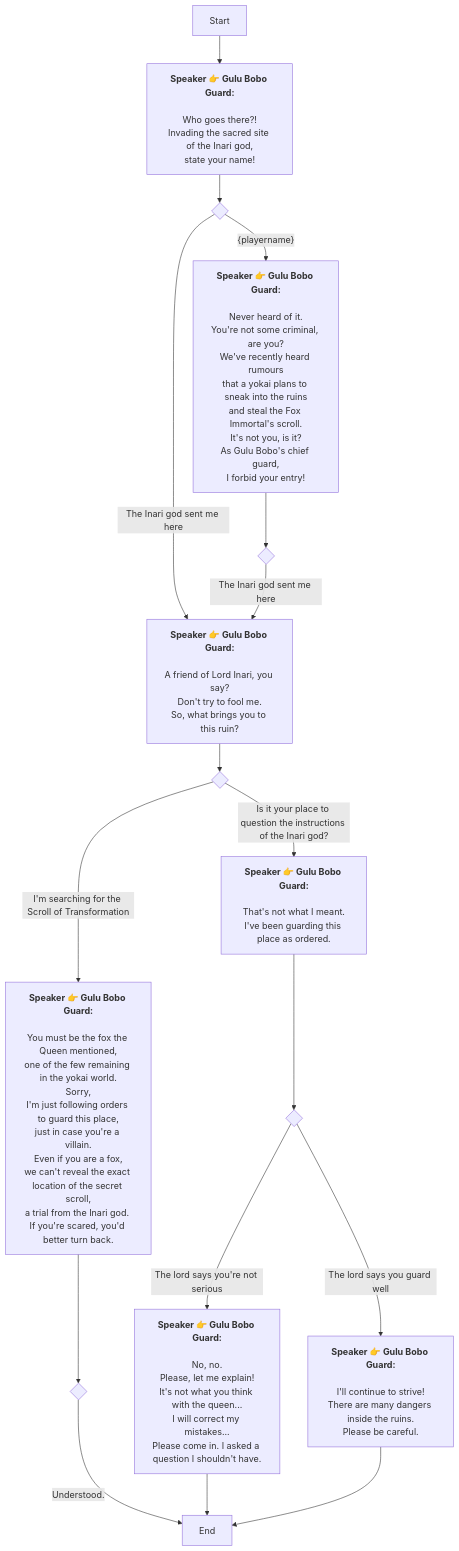
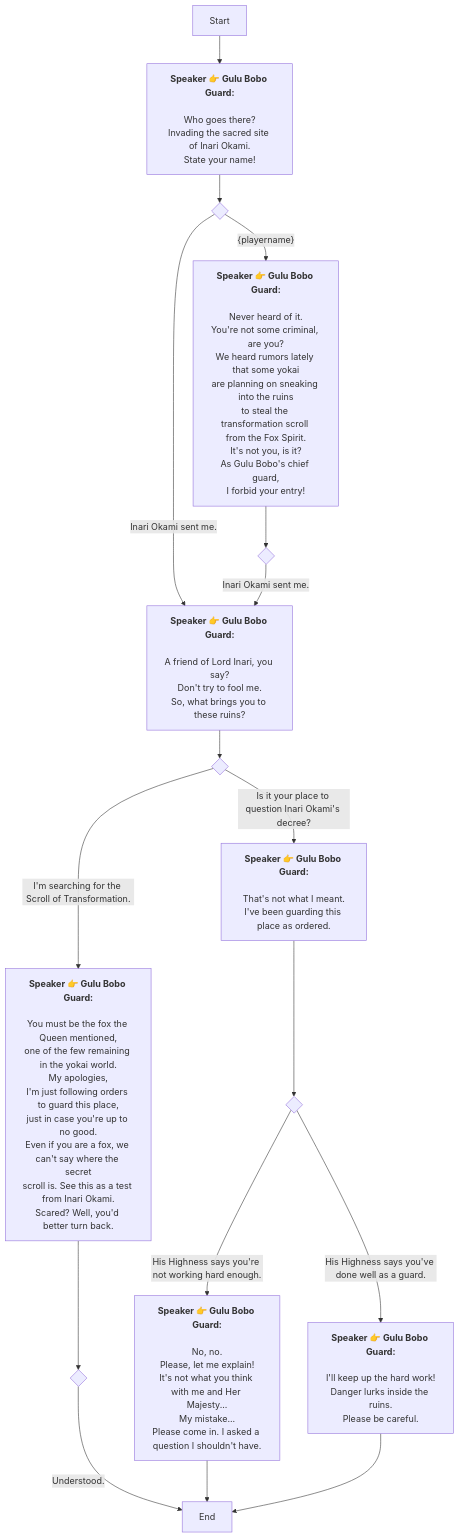
The diagram in En/4_4_3_chat.md (SoftHu/tos_avg), drawn with Mermaid before and after one commit. The commit also changed 297 other files, not shown here.

````diff
--- a/En/4_4_3_chat.md
+++ b/En/4_4_3_chat.md
@@ -1,63 +1,63 @@
 ```mermaid
 graph
 Start -->1750848156954962[<b>Speaker 👉 Gulu Bobo Guard:</b>
 
-Who goes there?!
-Invading the sacred site of the Inari god,
-state your name!]
+Who goes there?
+Invading the sacred site of Inari Okami.
+State your name!]
 1750848156954962 -->1750853024405010{ }
-1750853024405010 -->|The Inari god sent me here|1750853271600663[<b>Speaker 👉 Gulu Bobo Guard:</b>
+1750853024405010 -->|Inari Okami sent me.|1750853271600663[<b>Speaker 👉 Gulu Bobo Guard:</b>
 
 A friend of Lord Inari, you say?
 Don't try to fool me.
-So, what brings you to this ruin?]
+So, what brings you to these ruins?]
 1750853024405010 -->|&lbrace;playername&rbrace;|1750853393863193[<b>Speaker 👉 Gulu Bobo Guard:</b>
 
 Never heard of it.
 You're not some criminal, are you?
-We've recently heard rumours
-that a yokai plans to sneak into the ruins
-and steal the Fox Immortal's scroll.
+We heard rumors lately that some yokai
+are planning on sneaking into the ruins
+to steal the transformation scroll from the Fox Spirit.
 It's not you, is it?
 As Gulu Bobo's chief guard,
 I forbid your entry!]
 1750853271600663 -->1750854039095837{ }
-1750854039095837 -->|I'm searching for the Scroll of Transformation|1750854219493922[<b>Speaker 👉 Gulu Bobo Guard:</b>
+1750854039095837 -->|I'm searching for the Scroll of Transformation.|1750854219493922[<b>Speaker 👉 Gulu Bobo Guard:</b>
 
 You must be the fox the Queen mentioned,
 one of the few remaining in the yokai world.
-Sorry,
+My apologies,
 I'm just following orders to guard this place,
-just in case you're a villain.
-Even if you are a fox,
-we can't reveal the exact location of the secret scroll,
-a trial from the Inari god. If you're scared, you'd better turn back.]
-1750854039095837 -->|Is it your place to question the instructions of the Inari god?|1750854225186339[<b>Speaker 👉 Gulu Bobo Guard:</b>
+just in case you're up to no good.
+Even if you are a fox, we can't say where the secret
+scroll is. See this as a test from Inari Okami.
+Scared? Well, you'd better turn back.]
+1750854039095837 -->|Is it your place to question Inari Okami's decree?|1750854225186339[<b>Speaker 👉 Gulu Bobo Guard:</b>
 
 That's not what I meant.
 I've been guarding this place as ordered.]
 1750854219493922 -->1750853389547032{ }
 1750853389547032 -->|Understood.|1750848158538067[End]
 1750854225186339 -->1750854290517540{ }
-1750854290517540 -->|The lord says you're not serious|1750854340736553[<b>Speaker 👉 Gulu Bobo Guard:</b>
+1750854290517540 -->|His Highness says you're not working hard enough.|1750854340736553[<b>Speaker 👉 Gulu Bobo Guard:</b>
 
 No, no.
 Please, let me explain!
-It's not what you think with the queen...
-I will correct my mistakes...
+It's not what you think with me and Her Majesty...
+My mistake...
 Please come in. I asked a question I shouldn't have.]
-1750854290517540 -->|The lord says you guard well|1750854417801770[<b>Speaker 👉 Gulu Bobo Guard:</b>
+1750854290517540 -->|His Highness says you've done well as a guard.|1750854417801770[<b>Speaker 👉 Gulu Bobo Guard:</b>
 
-I'll continue to strive!
-There are many dangers inside the ruins.
+I'll keep up the hard work!
+Danger lurks inside the ruins.
 Please be careful.]
 1750854340736553 -->1750848158538067[End]
 1750854417801770 -->1750848158538067[End]
 1750853393863193 -->1750853997360666{ }
-1750853997360666 -->|The Inari god sent me here|1750853271600663[<b>Speaker 👉 Gulu Bobo Guard:</b>
+1750853997360666 -->|Inari Okami sent me.|1750853271600663[<b>Speaker 👉 Gulu Bobo Guard:</b>
 
 A friend of Lord Inari, you say?
 Don't try to fool me.
-So, what brings you to this ruin?]
+So, what brings you to these ruins?]
 
  ```
````
